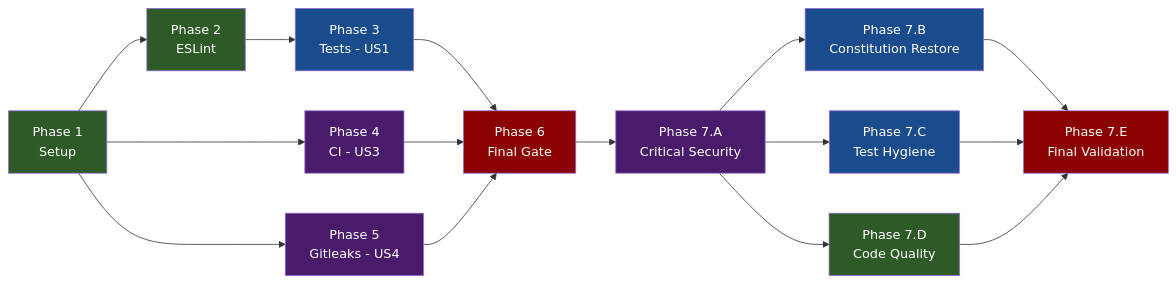
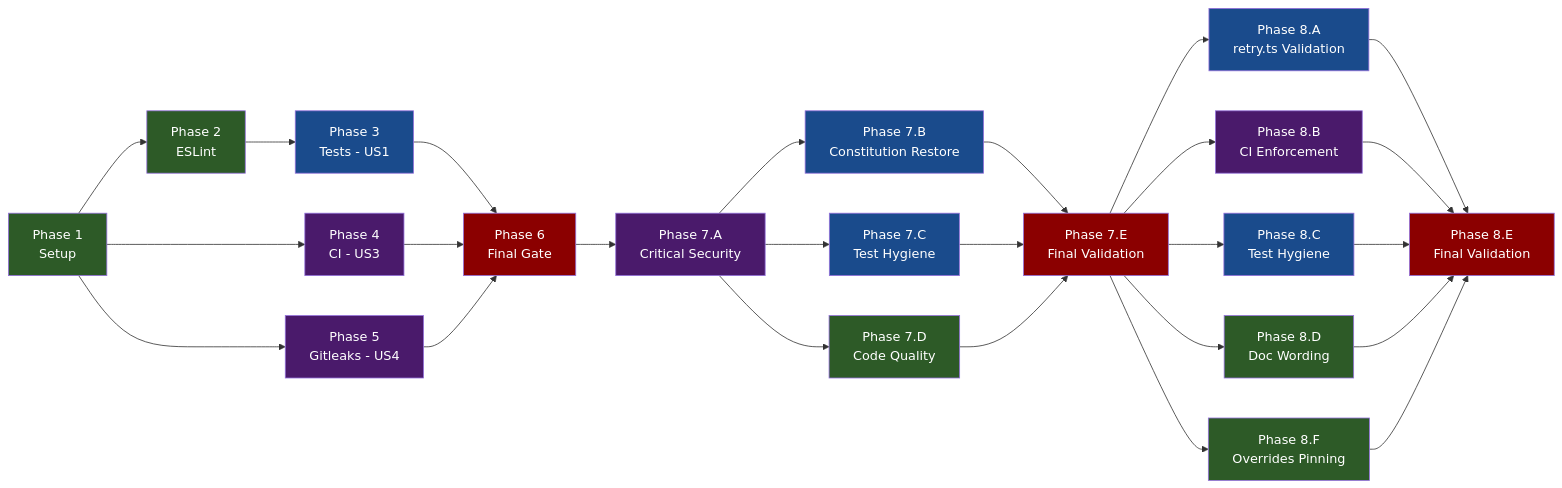
Before and after one commit to chrisleekr/github-app-playground: the diagram in specs/20260409-081113-project-housekeeping/tasks.md, drawn with Mermaid. The commit also changed other lines of this file and 3 other files, not shown here.

First line of the commit message:
docs(specs): correct per-file threshold wording; sync Phase 8 scope

````diff
--- a/specs/20260409-081113-project-housekeeping/tasks.md
+++ b/specs/20260409-081113-project-housekeeping/tasks.md
@@ -210,27 +318,38 @@
 ```mermaid
 graph LR
     classDef config fill:#2D5A27,color:#FFFFFF
     classDef test fill:#1A4B8C,color:#FFFFFF
     classDef ci fill:#4A1A6B,color:#FFFFFF
     classDef gate fill:#8B0000,color:#FFFFFF
 
     P1["Phase 1<br/>Setup"]:::config
     P2["Phase 2<br/>ESLint"]:::config
     P3["Phase 3<br/>Tests - US1"]:::test
     P4["Phase 4<br/>CI - US3"]:::ci
     P5["Phase 5<br/>Gitleaks - US4"]:::ci
     P6["Phase 6<br/>Final Gate"]:::gate
     P7A["Phase 7.A<br/>Critical Security"]:::ci
     P7B["Phase 7.B<br/>Constitution Restore"]:::test
     P7C["Phase 7.C<br/>Test Hygiene"]:::test
     P7D["Phase 7.D<br/>Code Quality"]:::config
     P7E["Phase 7.E<br/>Final Validation"]:::gate
+    P8A["Phase 8.A<br/>retry.ts Validation"]:::test
+    P8B["Phase 8.B<br/>CI Enforcement"]:::ci
+    P8C["Phase 8.C<br/>Test Hygiene"]:::test
+    P8D["Phase 8.D<br/>Doc Wording"]:::config
+    P8F["Phase 8.F<br/>Overrides Pinning"]:::config
+    P8E["Phase 8.E<br/>Final Validation"]:::gate
 
     P1 --> P2 --> P3 --> P6
     P1 --> P4 --> P6
     P1 --> P5 --> P6
     P6 --> P7A
     P7A --> P7B --> P7E
     P7A --> P7C --> P7E
     P7A --> P7D --> P7E
+    P7E --> P8A --> P8E
+    P7E --> P8B --> P8E
+    P7E --> P8C --> P8E
+    P7E --> P8D --> P8E
+    P7E --> P8F --> P8E
 ```
````
